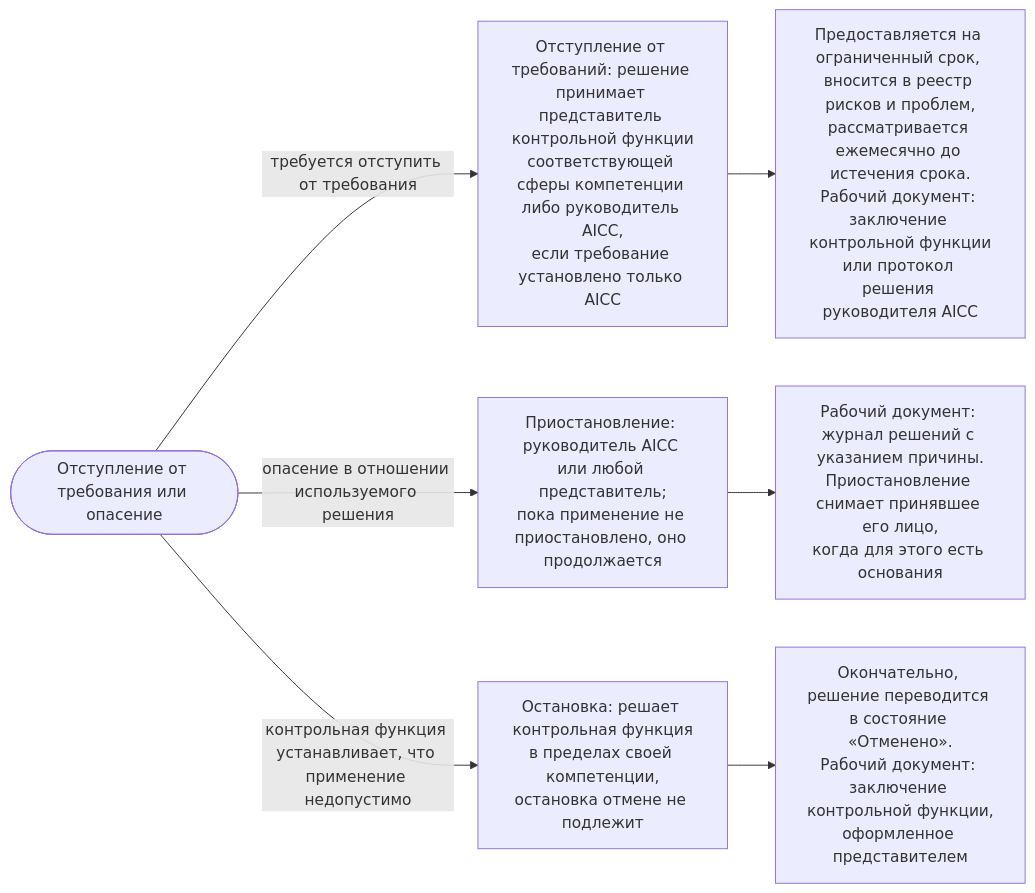
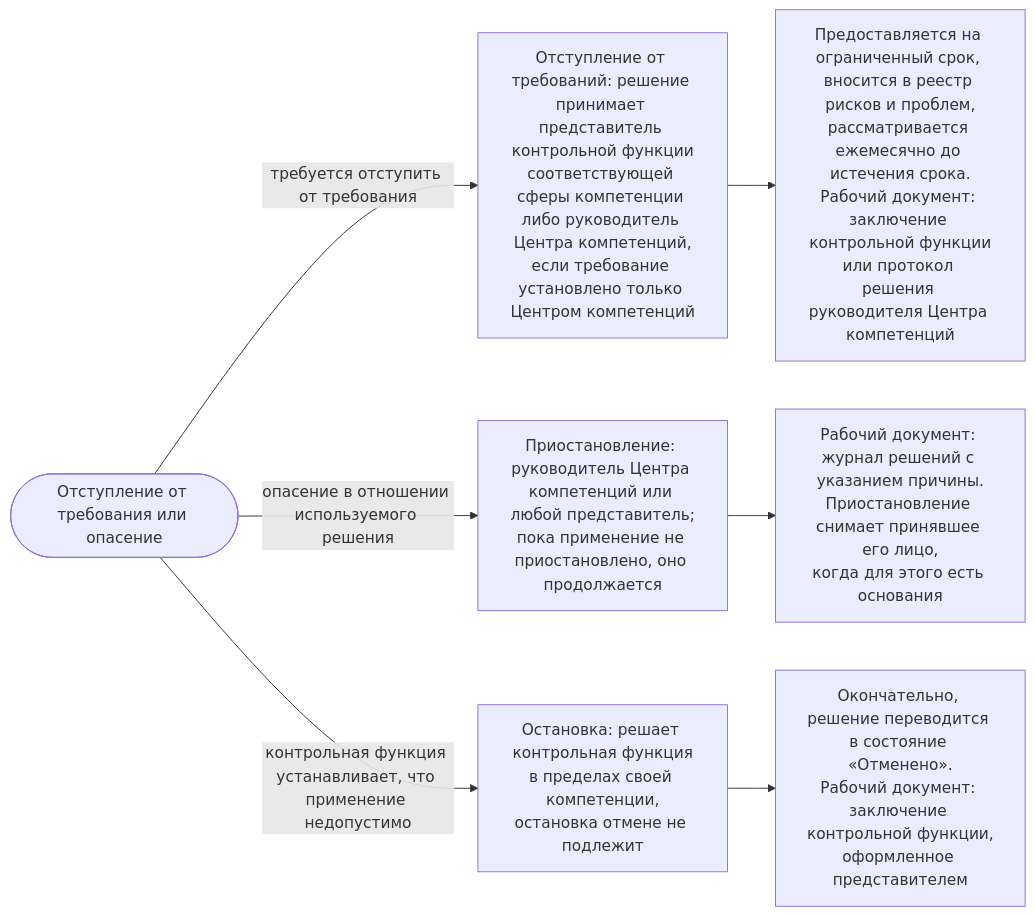
The third of 3 diagrams in charter/ru/workflows/ai-risk-control.md (devhogu/ob-aicc), drawn with Mermaid before and after one commit. The commit also changed other lines of this file and 1149 other files, not shown here.

````diff
--- a/charter/ru/workflows/ai-risk-control.md
+++ b/charter/ru/workflows/ai-risk-control.md
@@ -95,10 +95,10 @@
 ```mermaid
 flowchart LR
   EV(["Отступление от требования или опасение"])
-  EV -->|"требуется отступить от требования"| X1["Отступление от требований: решение принимает представитель контрольной функции<br/>соответствующей сферы компетенции либо руководитель AICC,<br/>если требование установлено только AICC"]
-  X1 --> X2["Предоставляется на ограниченный срок, вносится в реестр рисков и проблем,<br/>рассматривается ежемесячно до истечения срока.<br/>Рабочий документ: заключение контрольной функции<br/>или протокол решения руководителя AICC"]
-  EV -->|"опасение в отношении используемого решения"| S1["Приостановление: руководитель AICC или любой представитель;<br/>пока применение не приостановлено, оно продолжается"]
+  EV -->|"требуется отступить от требования"| X1["Отступление от требований: решение принимает представитель контрольной функции<br/>соответствующей сферы компетенции либо руководитель Центра компетенций,<br/>если требование установлено только Центром компетенций"]
+  X1 --> X2["Предоставляется на ограниченный срок, вносится в реестр рисков и проблем,<br/>рассматривается ежемесячно до истечения срока.<br/>Рабочий документ: заключение контрольной функции<br/>или протокол решения руководителя Центра компетенций"]
+  EV -->|"опасение в отношении используемого решения"| S1["Приостановление: руководитель Центра компетенций или любой представитель;<br/>пока применение не приостановлено, оно продолжается"]
   S1 --> S2["Рабочий документ: журнал решений с указанием причины.<br/>Приостановление снимает принявшее его лицо,<br/>когда для этого есть основания"]
   EV -->|"контрольная функция устанавливает, что применение недопустимо"| T1["Остановка: решает контрольная функция<br/>в пределах своей компетенции,<br/>остановка отмене не подлежит"]
   T1 --> T2["Окончательно, решение переводится в состояние «Отменено».<br/>Рабочий документ: заключение контрольной функции,<br/>оформленное представителем"]
 ```
````
